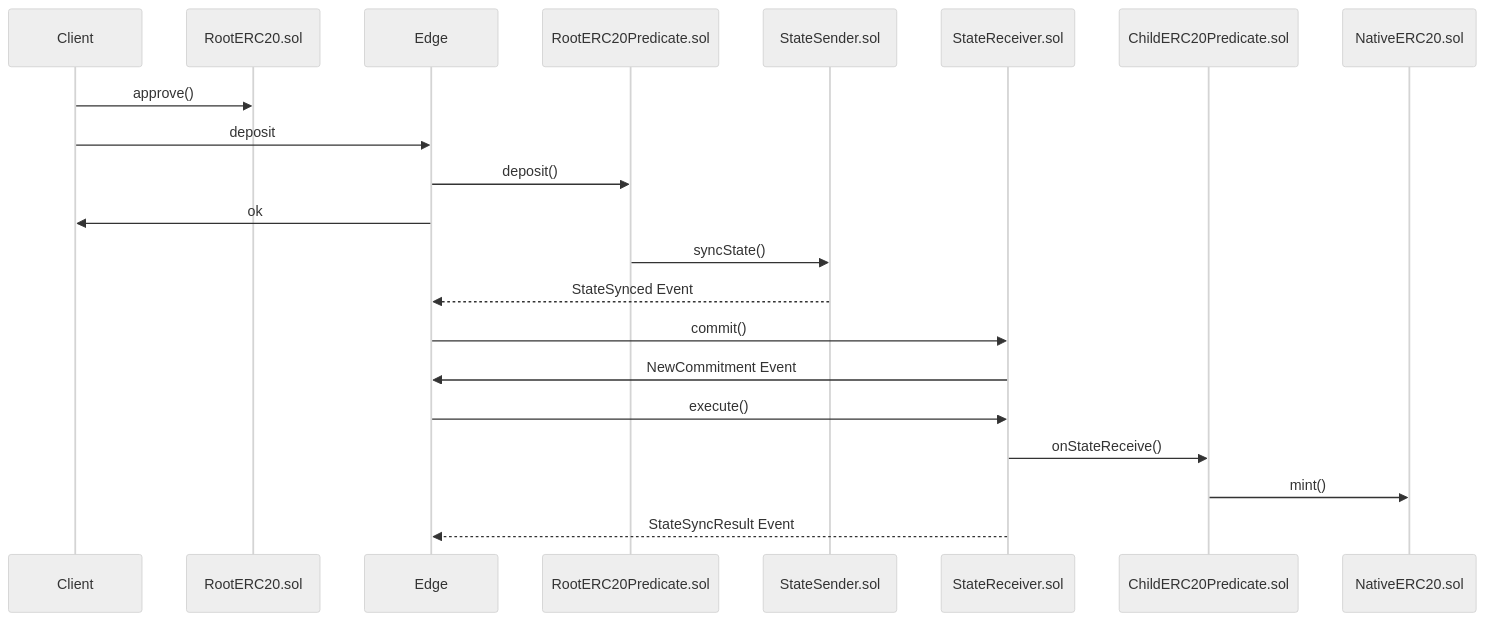
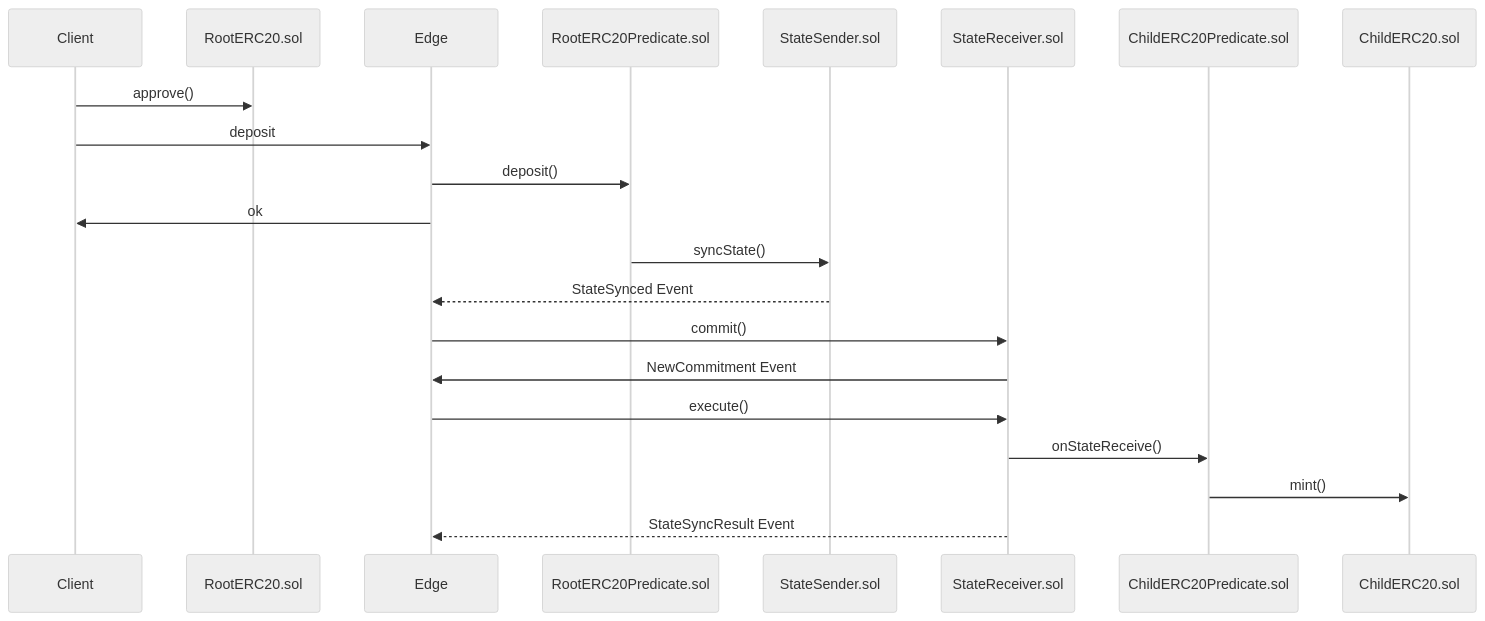
One commit to 0xPolygon/polygon-edge changed the first of 3 diagrams in docs/sequences.md. Above: the diagram before and after it, drawn with Mermaid (neutral theme).

Commit message:
Rename NativeERC20.sol to ChildERC20.sol

````diff
--- a/docs/sequences.md
+++ b/docs/sequences.md
@@ -5,15 +5,15 @@
 ```mermaid
 sequenceDiagram
 	Client->>RootERC20.sol: approve()
 	Client->>Edge: deposit
 	Edge->>RootERC20Predicate.sol: deposit()
 	Edge->>Client: ok
 	RootERC20Predicate.sol->>StateSender.sol:syncState()
 	StateSender.sol-->>Edge: StateSynced Event
 	Edge->>StateReceiver.sol:commit()
 	StateReceiver.sol->>Edge: NewCommitment Event
 	Edge->>StateReceiver.sol:execute()
 	StateReceiver.sol->>ChildERC20Predicate.sol:onStateReceive()
-	ChildERC20Predicate.sol->>NativeERC20.sol: mint()
+	ChildERC20Predicate.sol->>ChildERC20.sol: mint()
 	StateReceiver.sol-->>Edge:StateSyncResult Event
 ```
````
